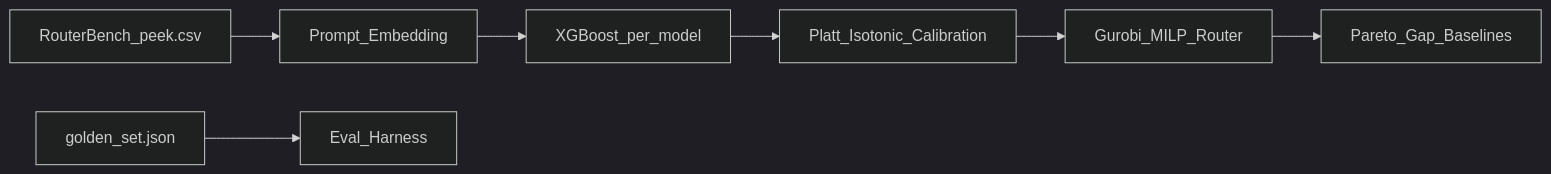
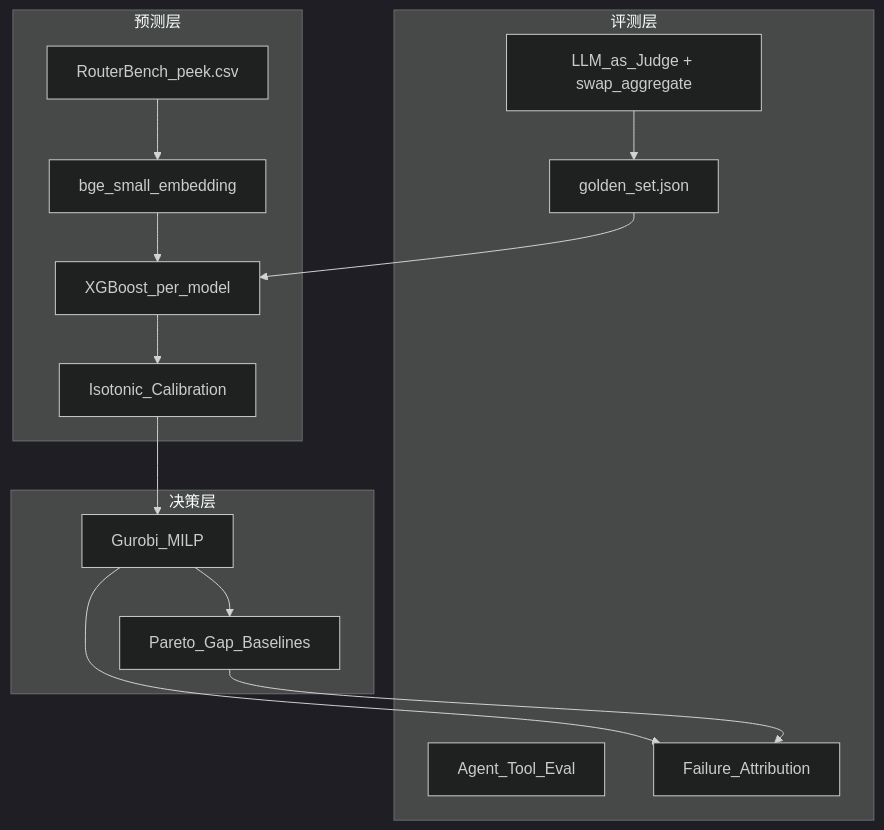
One commit to pengsihan867-lang/RouteAlpha changed the diagram in README.md. Above: the diagram before and after it, drawn with Mermaid (dark theme). The commit also changed other lines of this file and 23 other files, not shown here.

````diff
--- a/README.md
+++ b/README.md
@@ -15,9 +19,25 @@
 ```mermaid
-flowchart LR
-  data[RouterBench_peek.csv] --> embed[Prompt_Embedding]
-  embed --> xgb[XGBoost_per_model]
-  xgb --> cal[Platt_Isotonic_Calibration]
-  cal --> milp[Gurobi_MILP_Router]
-  milp --> eval[Pareto_Gap_Baselines]
-  golden[golden_set.json] --> harness[Eval_Harness]
+flowchart TB
+  subgraph eval_layer [评测层]
+    golden[golden_set.json]
+    judge[LLM_as_Judge + swap_aggregate]
+    agent[Agent_Tool_Eval]
+    failure[Failure_Attribution]
+  end
+
+  subgraph predict_layer [预测层]
+    data[RouterBench_peek.csv] --> embed[bge_small_embedding]
+    embed --> xgb[XGBoost_per_model]
+    xgb --> cal[Isotonic_Calibration]
+  end
+
+  subgraph route_layer [决策层]
+    cal --> milp[Gurobi_MILP]
+    milp --> pareto[Pareto_Gap_Baselines]
+  end
+
+  golden --> xgb
+  judge --> golden
+  milp --> failure
+  pareto --> failure
 ```
````
